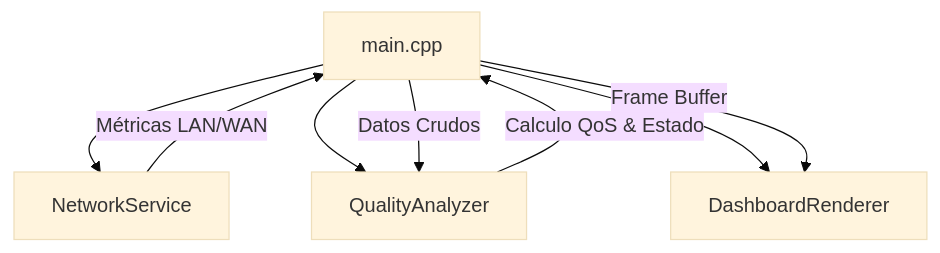
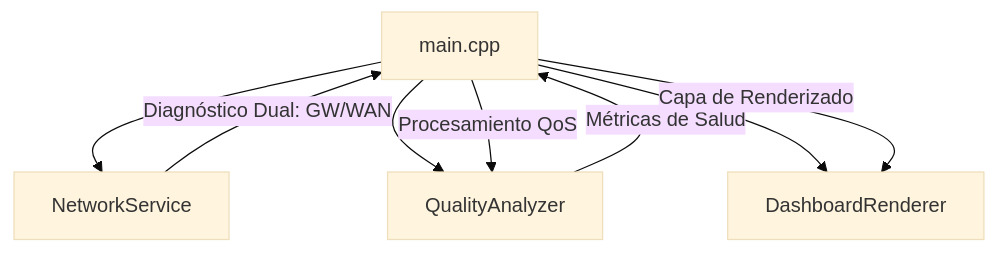
The diagram in README.md (CCuetoC/wifi-quality-monitor-esp32c6), drawn with Mermaid (base theme) before and after one commit. The commit also changed other lines of this file and 7 other files, not shown here.

````diff
--- a/README.md
+++ b/README.md
@@ -59,11 +69,11 @@
 ```mermaid
 graph TD
     A[main.cpp] --> B[NetworkService]
     A --> C[QualityAnalyzer]
     A --> D[DashboardRenderer]
     
-    B -->|Métricas LAN/WAN| A
-    A -->|Datos Crudos| C
-    C -->|Calculo QoS & Estado| A
-    A -->|Frame Buffer| D
+    B -->|Diagnóstico Dual: GW/WAN| A
+    A -->|Procesamiento QoS| C
+    C -->|Métricas de Salud| A
+    A -->|Capa de Renderizado| D
 ```
````
